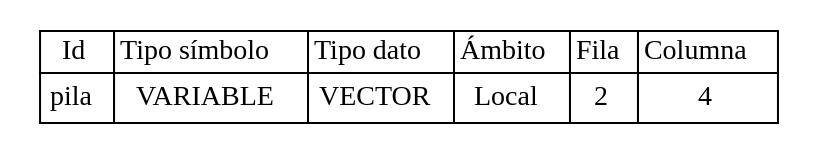
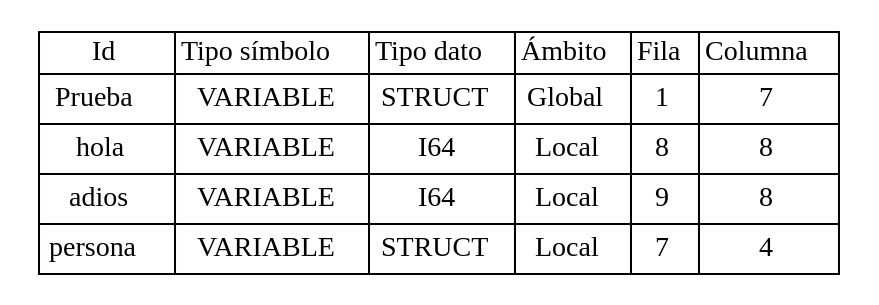
Before and after one commit to Jodyannre/COMPI2_proyecto2_2022: the diagram in Back/Web/tablas/tablaSimbolos.dot, drawn with Graphviz. The commit also changed 20 other files, not shown here.

```diff
--- a/Back/Web/tablas/tablaSimbolos.dot
+++ b/Back/Web/tablas/tablaSimbolos.dot
@@ -1,36 +1,90 @@
 
 	digraph {
 		tablaSimbolos [
 		  shape=plaintext
 		  label=<
 			<table border='0' cellborder='1' color='black' cellspacing='0'>
 			  <tr>
 				  <td>Id</td>
 				  <td>Tipo símbolo</td>
 				  <td>Tipo dato</td>
 				  <td>Ámbito</td>
 				  <td>Fila</td>
 				  <td>Columna</td>
 			  </tr>
 	
 <tr>
 <td cellpadding='4'>
-pila
+Prueba
 </td>
 <td cellpadding='4'>VARIABLE
 </td>
-<td cellpadding='4'>VECTOR
+<td cellpadding='4'>STRUCT
+</td>
+<td cellpadding='4'>Global
+</td>
+<td cellpadding='4'>
+1
+</td>
+<td cellpadding='4'>
+7
+</td>
+</tr>
+
+<tr>
+<td cellpadding='4'>
+hola
+</td>
+<td cellpadding='4'>VARIABLE
+</td>
+<td cellpadding='4'>I64
 </td>
 <td cellpadding='4'>Local
 </td>
 <td cellpadding='4'>
-2
+8
+</td>
+<td cellpadding='4'>
+8
+</td>
+</tr>
+
+<tr>
+<td cellpadding='4'>
+adios
+</td>
+<td cellpadding='4'>VARIABLE
+</td>
+<td cellpadding='4'>I64
+</td>
+<td cellpadding='4'>Local
+</td>
+<td cellpadding='4'>
+9
+</td>
+<td cellpadding='4'>
+8
+</td>
+</tr>
+
+<tr>
+<td cellpadding='4'>
+persona
+</td>
+<td cellpadding='4'>VARIABLE
+</td>
+<td cellpadding='4'>STRUCT
+</td>
+<td cellpadding='4'>Local
+</td>
+<td cellpadding='4'>
+7
 </td>
 <td cellpadding='4'>
 4
 </td>
 </tr>
 
 		</table>
 		>];
 	}
```
